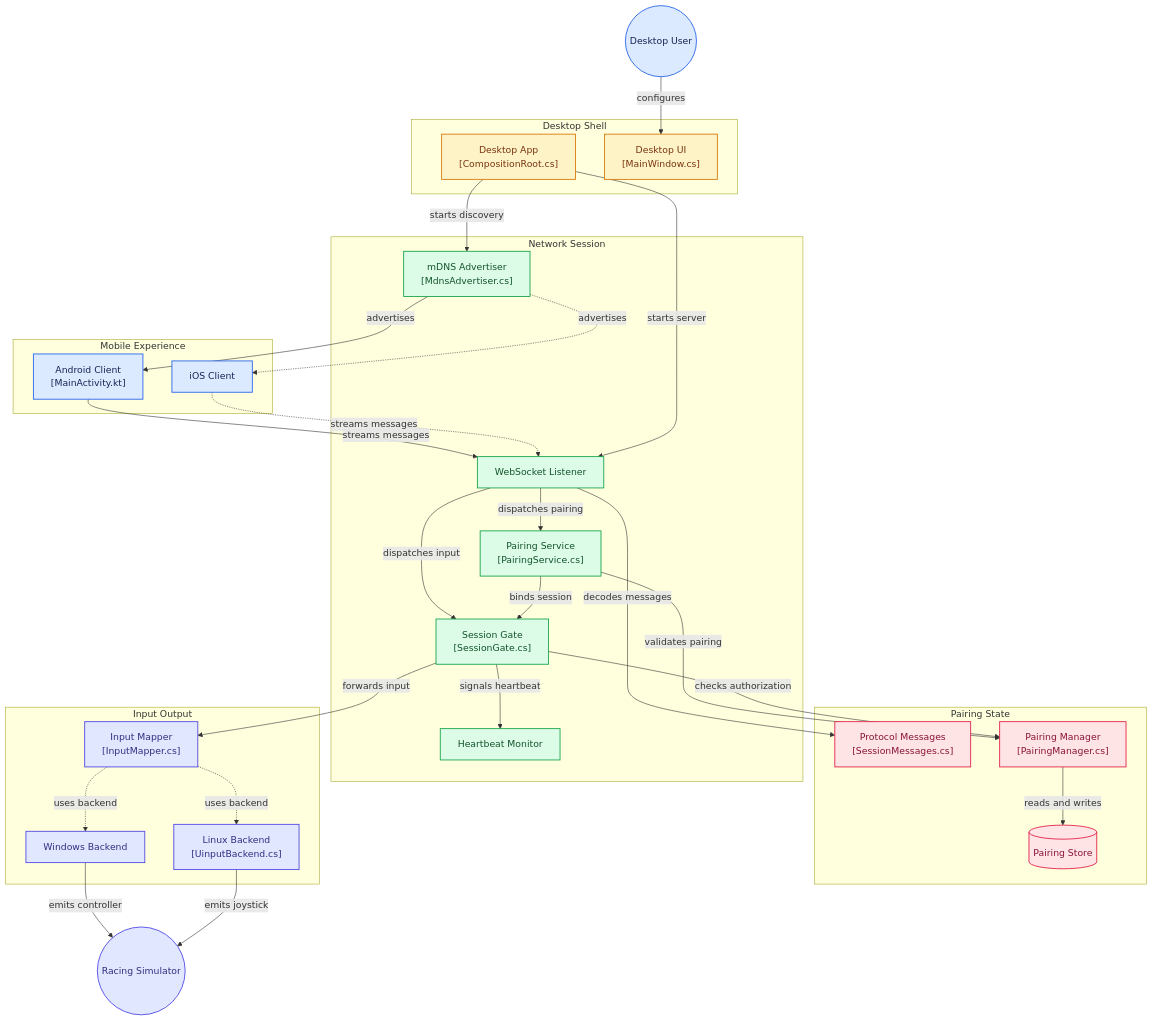
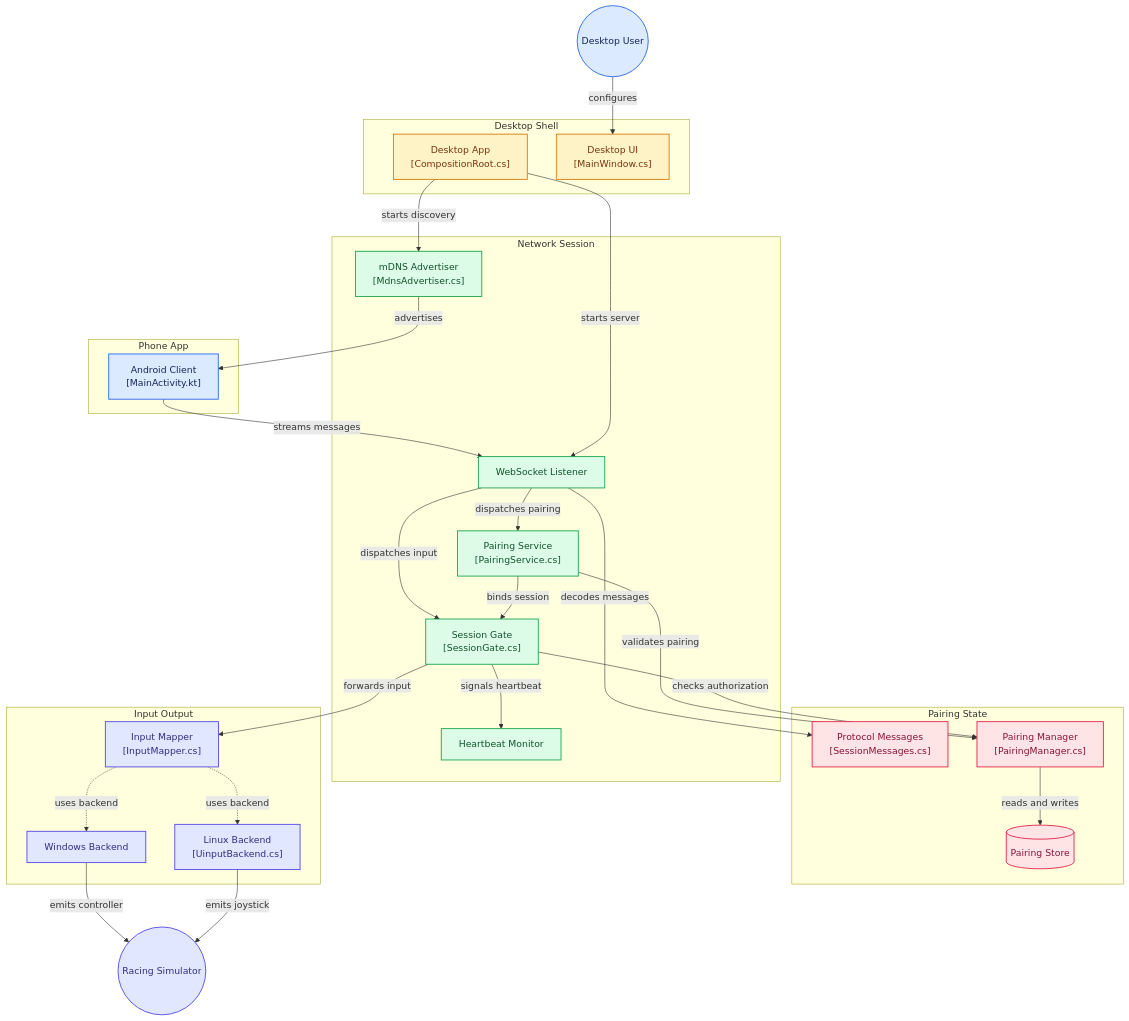
The diagram in docs/project-structure.md (fazrigading/WheelDeck), drawn with Mermaid before and after one commit. The commit also changed other lines of this file and 148 other files, not shown here.

First line of the commit message:
chore: cut over to the Kotlin app and delete mobile/

````diff
--- a/docs/project-structure.md
+++ b/docs/project-structure.md
@@ -3,9 +3,8 @@
 ```mermaid
 flowchart TD
 
-subgraph group_mobile["Mobile Experience"]
+subgraph group_mobile["Phone App"]
   node_android_client["Android Client<br/>[MainActivity.kt]"]
-  node_ios_client["iOS Client"]
 end
 
 subgraph group_desktop["Desktop Shell"]
@@ -38,9 +37,7 @@
 
 node_desktop_user -->|"configures"| node_desktop_ui
 node_mdns -->|"advertises"| node_android_client
-node_mdns -.->|"advertises"| node_ios_client
 node_android_client -->|"streams messages"| node_websocket
-node_ios_client -.->|"streams messages"| node_websocket
 node_websocket -->|"decodes messages"| node_protocol
 node_websocket -->|"dispatches pairing"| node_pairing_service
 node_websocket -->|"dispatches input"| node_session_gate
@@ -57,8 +54,7 @@
 node_desktop_app -->|"starts server"| node_websocket
 node_desktop_app -->|"starts discovery"| node_mdns
 
-click node_android_client "https://github.com/fazrigading/wheeldeck/blob/main/mobile/android/app/src/main/kotlin/dev/fazrigading/wheeldeck/MainActivity.kt"
-click node_ios_client "https://github.com/fazrigading/wheeldeck/tree/main/mobile"
+click node_android_client "https://github.com/fazrigading/wheeldeck/blob/main/android/app/src/main/kotlin/dev/fazrigading/wheeldeck/MainActivity.kt"
 click node_desktop_app "https://github.com/fazrigading/wheeldeck/blob/main/desktop/WheelDeck.App/CompositionRoot.cs"
 click node_desktop_ui "https://github.com/fazrigading/wheeldeck/blob/main/desktop/WheelDeck.App/MainWindow.cs"
 click node_mdns "https://github.com/fazrigading/wheeldeck/blob/main/desktop/WheelDeck.Core/Network/MdnsAdvertiser.cs"
@@ -80,7 +76,7 @@
 classDef toneRose fill:#ffe4e6,stroke:#e11d48,stroke-width:1.5px,color:#881337
 classDef toneIndigo fill:#e0e7ff,stroke:#4f46e5,stroke-width:1.5px,color:#312e81
 classDef toneTeal fill:#ccfbf1,stroke:#0f766e,stroke-width:1.5px,color:#134e4a
-class node_android_client,node_ios_client,node_desktop_user toneBlue
+class node_android_client,node_desktop_user toneBlue
 class node_desktop_app,node_desktop_ui toneAmber
 class node_mdns,node_websocket,node_pairing_service,node_session_gate,node_heartbeat toneMint
 class node_protocol,node_pairing_manager,node_pairing_store toneRose
````
